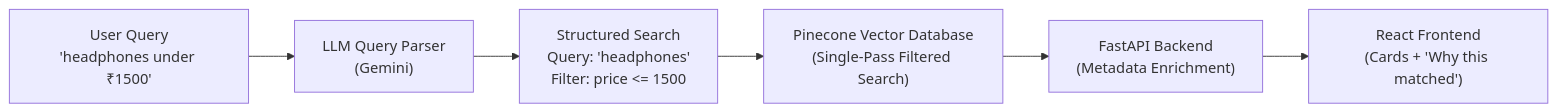
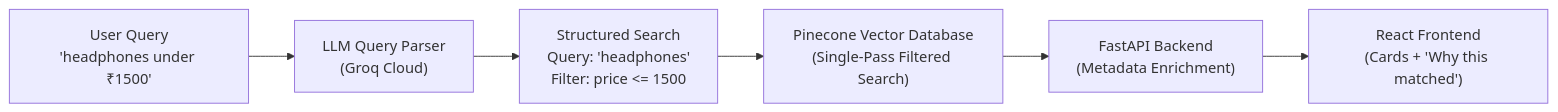
Before and after one commit to DhrumilKhatiwala/SmartFind: the diagram in README.md, drawn with Mermaid. The commit also changed other lines of this file and 12 other files, not shown here.

Commit message:
feat: migrate from Gemini to Groq and update documentation

````diff
--- a/README.md
+++ b/README.md
@@ -66,8 +66,8 @@
 ```mermaid
 flowchart LR
-    A["User Query\n'headphones under ₹1500'"] --> B["LLM Query Parser\n(Gemini)"]
+    A["User Query\n'headphones under ₹1500'"] --> B["LLM Query Parser\n(Groq Cloud)"]
     B --> C["Structured Search\nQuery: 'headphones'\nFilter: price <= 1500"]
     C --> D["Pinecone Vector Database\n(Single-Pass Filtered Search)"]
     D --> E["FastAPI Backend\n(Metadata Enrichment)"]
     E --> F["React Frontend\n(Cards + 'Why this matched')"]
 ```
````
